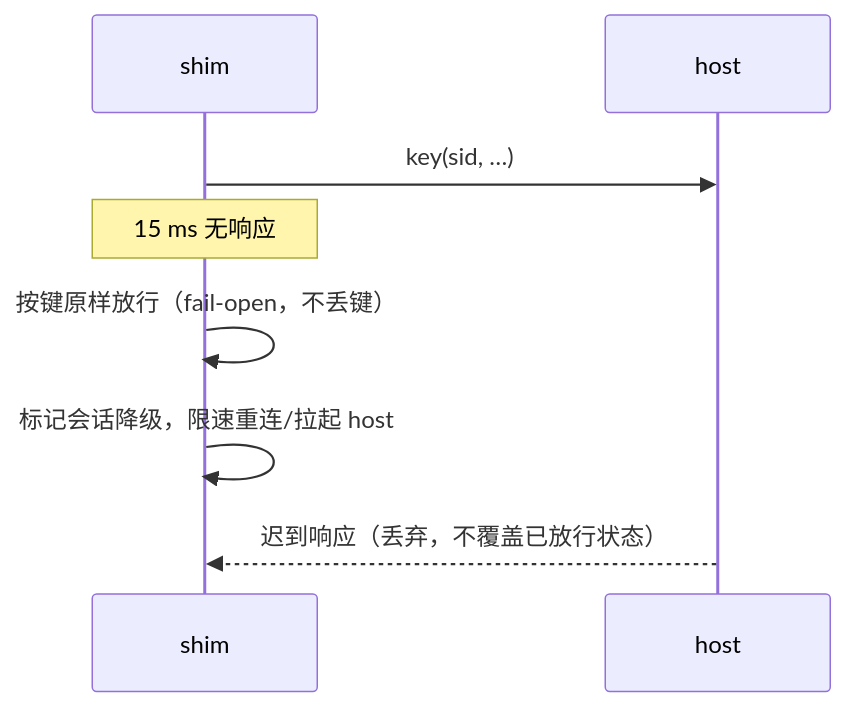
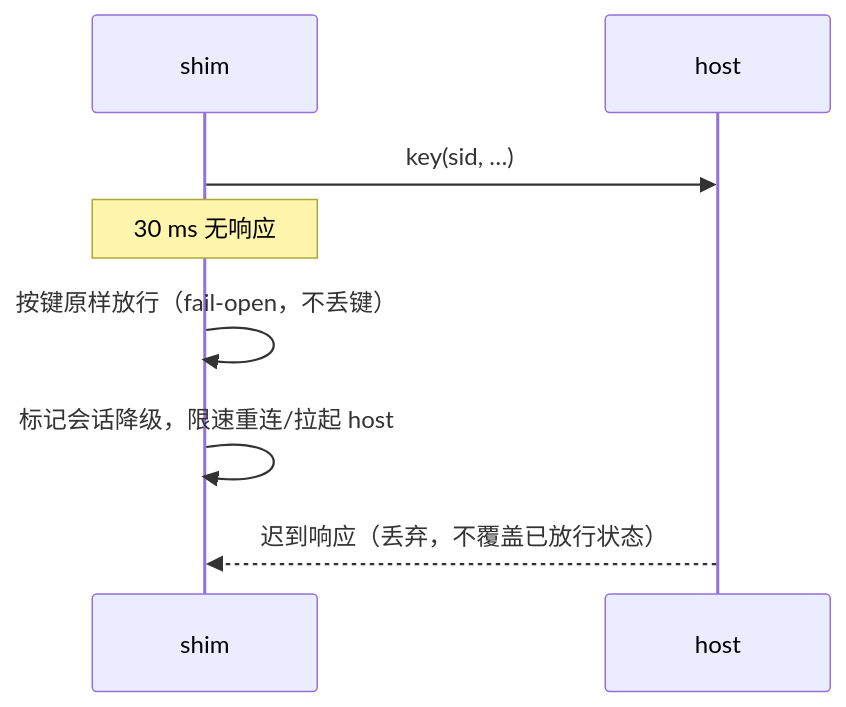
The third of 3 diagrams in docs/design/foundation/04-process-and-ipc.md (luobochuanqi/silk-ime), drawn with Mermaid before and after one commit. The commit also changed other lines of this file and 4 other files, not shown here.

````diff
--- a/docs/design/foundation/04-process-and-ipc.md
+++ b/docs/design/foundation/04-process-and-ipc.md
@@ -94,10 +94,10 @@
 ```mermaid
 sequenceDiagram
   participant TIP as shim
   participant HOST as host
   TIP->>HOST: key(sid, …)
-  Note over TIP: 15 ms 无响应
+  Note over TIP: 30 ms 无响应
   TIP->>TIP: 按键原样放行（fail-open，不丢键）
   TIP->>TIP: 标记会话降级，限速重连/拉起 host
   HOST-->>TIP: 迟到响应（丢弃，不覆盖已放行状态）
 ```
````
